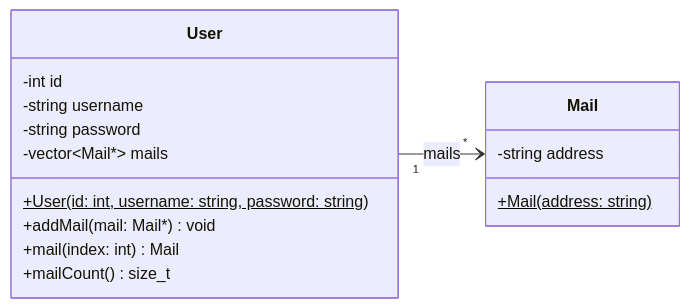
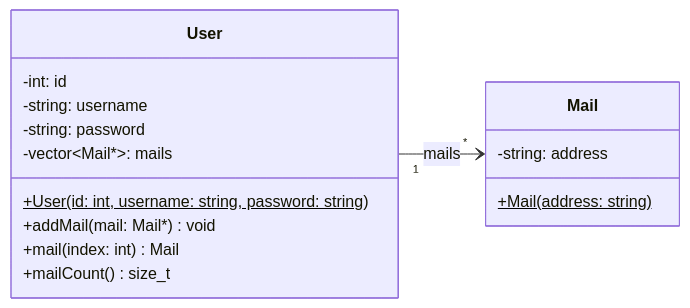
Before and after one commit to teiniker/teiniker-lectures-computerscience: the diagram in programming-c++/oop/associations/user-mail-many/README.md, drawn with Mermaid. The commit also changed other lines of this file and 2 other files, not shown here.

````diff
--- a/programming-c++/oop/associations/user-mail-many/README.md
+++ b/programming-c++/oop/associations/user-mail-many/README.md
@@ -13,21 +13,21 @@
 ```mermaid
 classDiagram
     direction LR
     class Mail {
-        -string address
+        -string: address
         +Mail(address: string)$
     }
 
     class User {
-        -int id
-        -string username
-        -string password
-        -vector~Mail*~ mails
+        -int: id
+        -string: username
+        -string: password
+        -vector~Mail*~: mails
         +User(id: int, username: string, password: string)$
         +addMail(mail: Mail*) void
         +mail(index: int) Mail
         +mailCount() size_t
     }
 
     User "1" --> "*" Mail : mails
 ```
````
